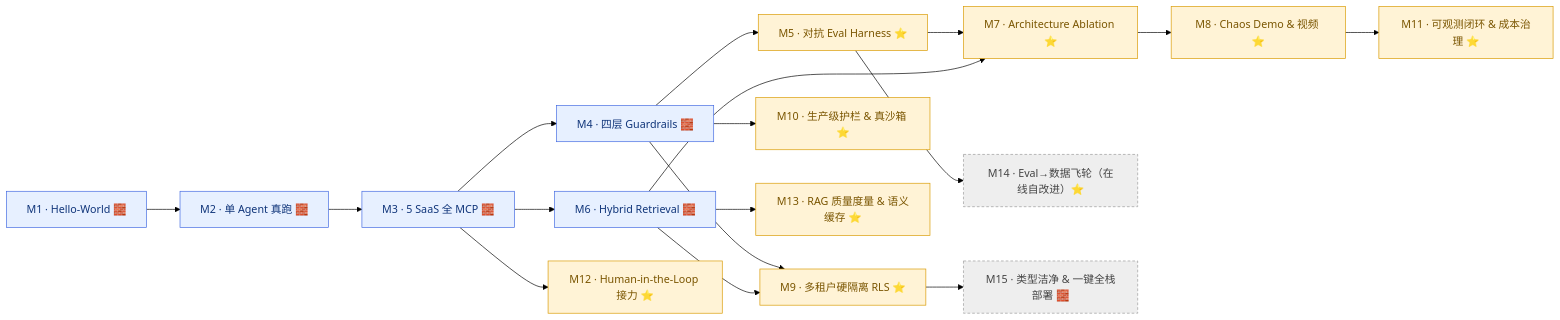
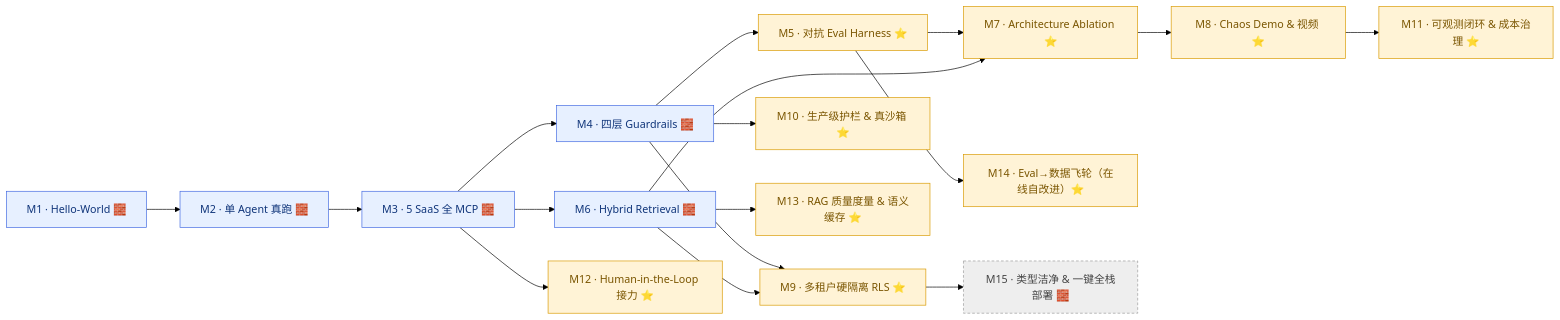
Before and after one commit to AndyUneducated/resolve-ai: the diagram in docs/roadmap.md, drawn with Mermaid (forest theme). The commit also changed other lines of this file and 9 other files, not shown here.

````diff
--- a/docs/roadmap.md
+++ b/docs/roadmap.md
@@ -22,26 +22,26 @@
 ```mermaid
 flowchart LR
   M1["M1 · Hello-World 🧱"] --> M2["M2 · 单 Agent 真跑 🧱"]
   M2 --> M3["M3 · 5 SaaS 全 MCP 🧱"]
   M3 --> M4["M4 · 四层 Guardrails 🧱"]
   M4 --> M5["M5 · 对抗 Eval Harness ⭐"]
   M3 --> M6["M6 · Hybrid Retrieval 🧱"]
   M5 --> M7["M7 · Architecture Ablation ⭐"]
   M6 --> M7
   M7 --> M8["M8 · Chaos Demo & 视频 ⭐"]
   M4 --> M9["M9 · 多租户硬隔离 RLS ⭐"]
   M6 --> M9
   %% ---- Phase 2（规划中）----
   M4 --> M10["M10 · 生产级护栏 & 真沙箱 ⭐"]
   M8 --> M11["M11 · 可观测闭环 & 成本治理 ⭐"]
   M3 --> M12["M12 · Human-in-the-Loop 接力 ⭐"]
   M6 --> M13["M13 · RAG 质量度量 & 语义缓存 ⭐"]
   M5 --> M14["M14 · Eval→数据飞轮（在线自改进）⭐"]
   M9 --> M15["M15 · 类型洁净 & 一键全栈部署 🧱"]
   classDef base fill:#e7f0ff,stroke:#4169E1,color:#10357a;
   classDef star fill:#fff3d6,stroke:#d99a00,color:#7a5500;
   classDef plan fill:#eee,stroke:#999,color:#444,stroke-dasharray: 4 3;
   class M1,M2,M3,M4,M6 base;
-  class M5,M7,M8,M9,M10,M11,M12,M13 star;
-  class M14,M15 plan;
+  class M5,M7,M8,M9,M10,M11,M12,M13,M14 star;
+  class M15 plan;
 ```
````
